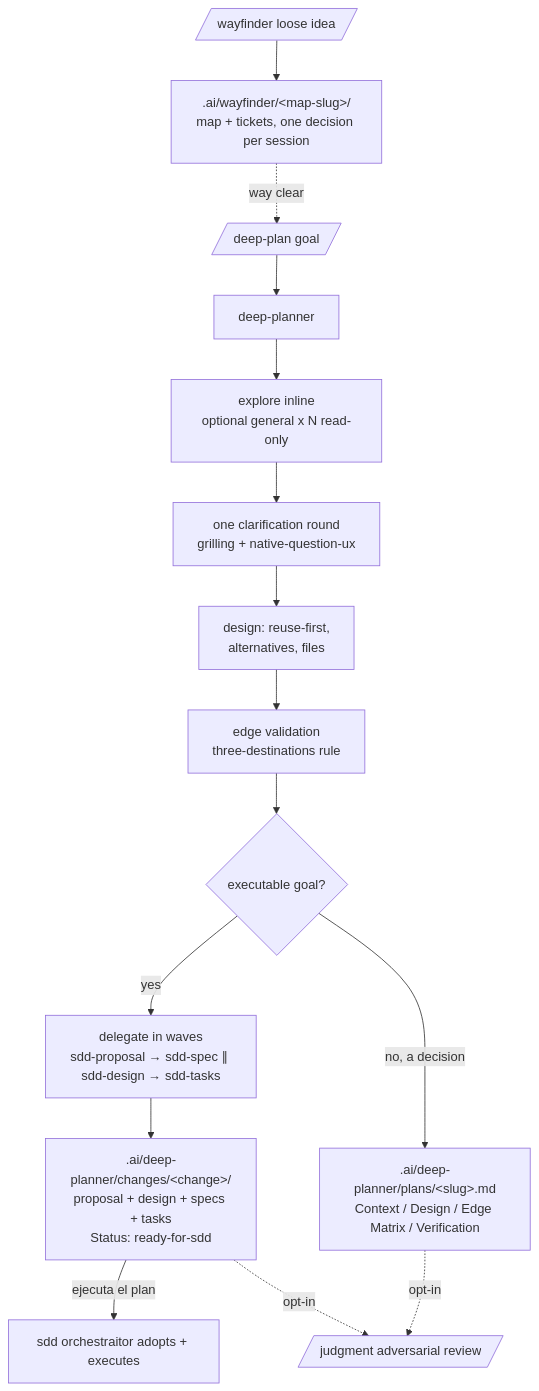
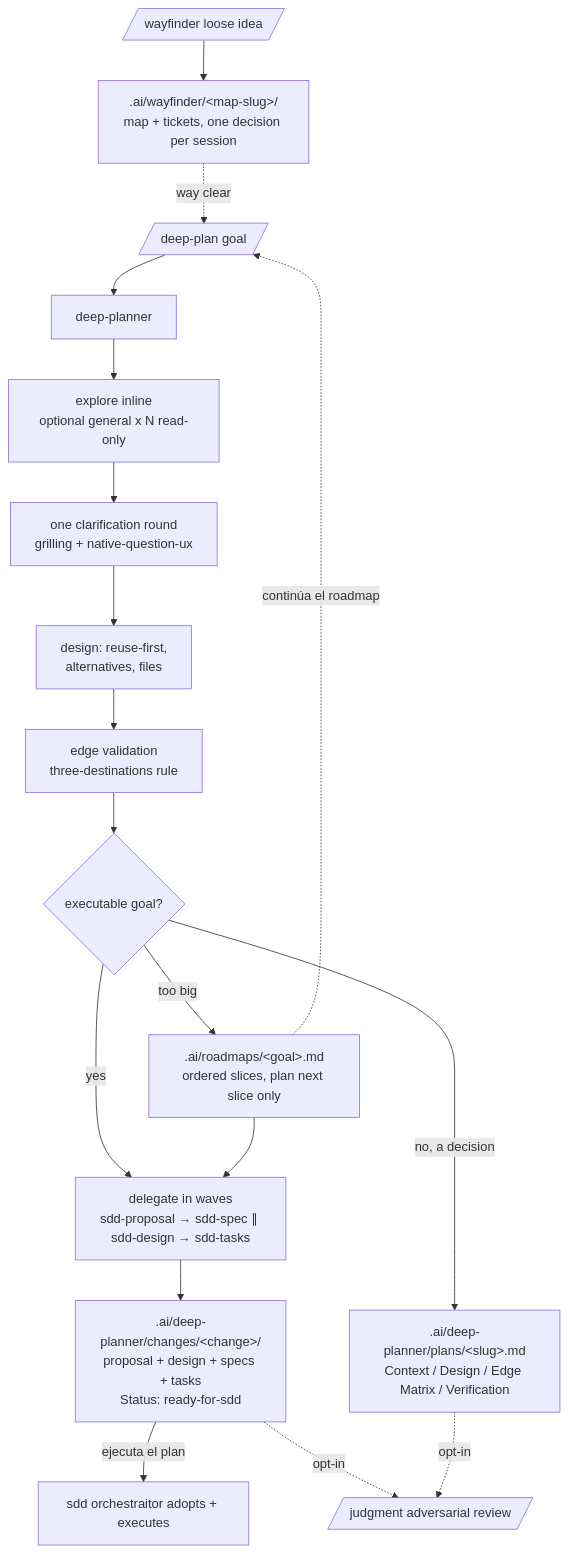
One commit to andresnator/agents-orchestrator changed the diagram in domains/plan/README.md. Above: the diagram before and after it, drawn with Mermaid. The commit also changed other lines of this file and 7 other files, not shown here.

Commit message:
feat: introduce roadmap functionality for oversized goals and update related documentation

````diff
--- a/domains/plan/README.md
+++ b/domains/plan/README.md
@@ -25,17 +27,20 @@
 ```mermaid
 graph TD
   wf[/wayfinder loose idea/] --> map[".ai/wayfinder/&lt;map-slug&gt;/<br/>map + tickets, one decision per session"]
   map -.->|way clear| cmd
   cmd[/deep-plan goal/] --> architect[deep-planner]
   architect --> explore[explore inline<br/>optional general x N read-only]
   explore --> clarify[one clarification round<br/>grilling + native-question-ux]
   clarify --> design[design: reuse-first,<br/>alternatives, files]
   design --> edges[edge validation<br/>three-destinations rule]
   edges --> shape{executable goal?}
   shape -->|yes| waves[delegate in waves<br/>sdd-proposal → sdd-spec ∥ sdd-design → sdd-tasks]
+  shape -->|too big| roadmap[".ai/roadmaps/&lt;goal&gt;.md<br/>ordered slices, plan next slice only"]
+  roadmap --> waves
+  roadmap -.->|continúa el roadmap| cmd
   waves --> bundle[".ai/deep-planner/changes/&lt;change&gt;/<br/>proposal + design + specs + tasks<br/>Status: ready-for-sdd"]
   bundle -->|ejecuta el plan| orchestraitor[sdd orchestraitor adopts + executes]
   shape -->|no, a decision| plan[".ai/deep-planner/plans/&lt;slug&gt;.md<br/>Context / Design / Edge Matrix / Verification"]
   bundle -.->|opt-in| judgment[/judgment adversarial review/]
   plan -.->|opt-in| judgment
 ```
````
